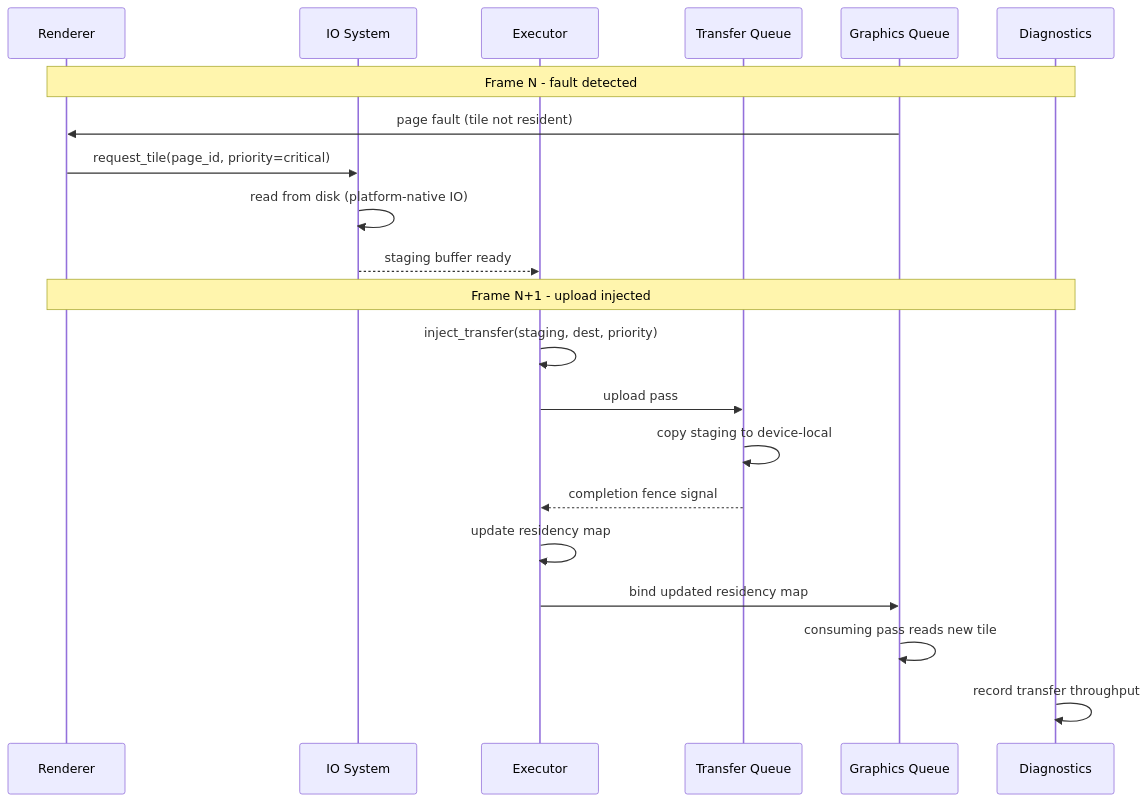
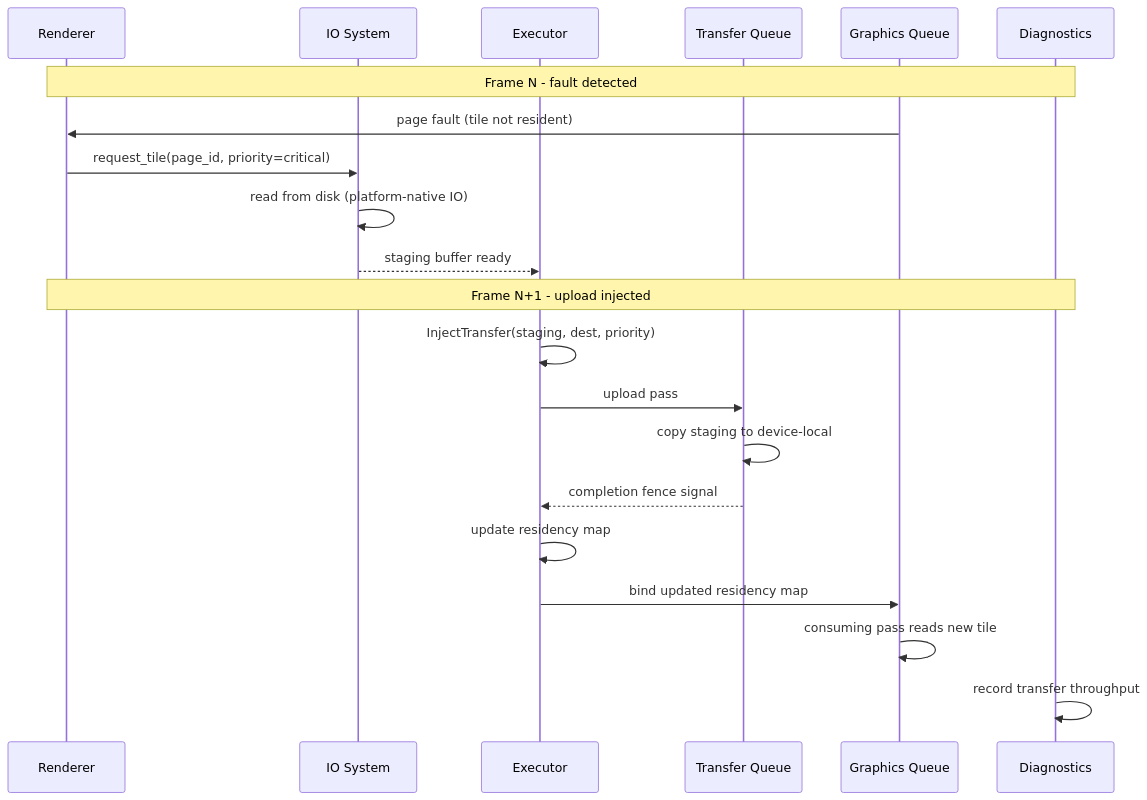
Diagram 15 of 15 in docs/design/render-graph-classes.md (harmonius-dev/harmonius), drawn with Mermaid before and after one commit. The commit also changed other lines of this file and 67 other files, not shown here.

````diff
--- a/docs/design/render-graph-classes.md
+++ b/docs/design/render-graph-classes.md
@@ -1096,25 +1096,25 @@
 ```mermaid
 sequenceDiagram
     participant Renderer
     participant IO as IO System
     participant Exec as Executor
     participant TX as Transfer Queue
     participant GFX as Graphics Queue
     participant Diag as Diagnostics
 
     Note over Renderer,Diag: Frame N - fault detected
     GFX->>Renderer: page fault (tile not resident)
     Renderer->>IO: request_tile(page_id, priority=critical)
     IO->>IO: read from disk (platform-native IO)
     IO-->>Exec: staging buffer ready
 
     Note over Renderer,Diag: Frame N+1 - upload injected
-    Exec->>Exec: inject_transfer(staging, dest, priority)
+    Exec->>Exec: InjectTransfer(staging, dest, priority)
     Exec->>TX: upload pass
     TX->>TX: copy staging to device-local
     TX-->>Exec: completion fence signal
     Exec->>Exec: update residency map
     Exec->>GFX: bind updated residency map
     GFX->>GFX: consuming pass reads new tile
     Diag->>Diag: record transfer throughput
 ```
````
